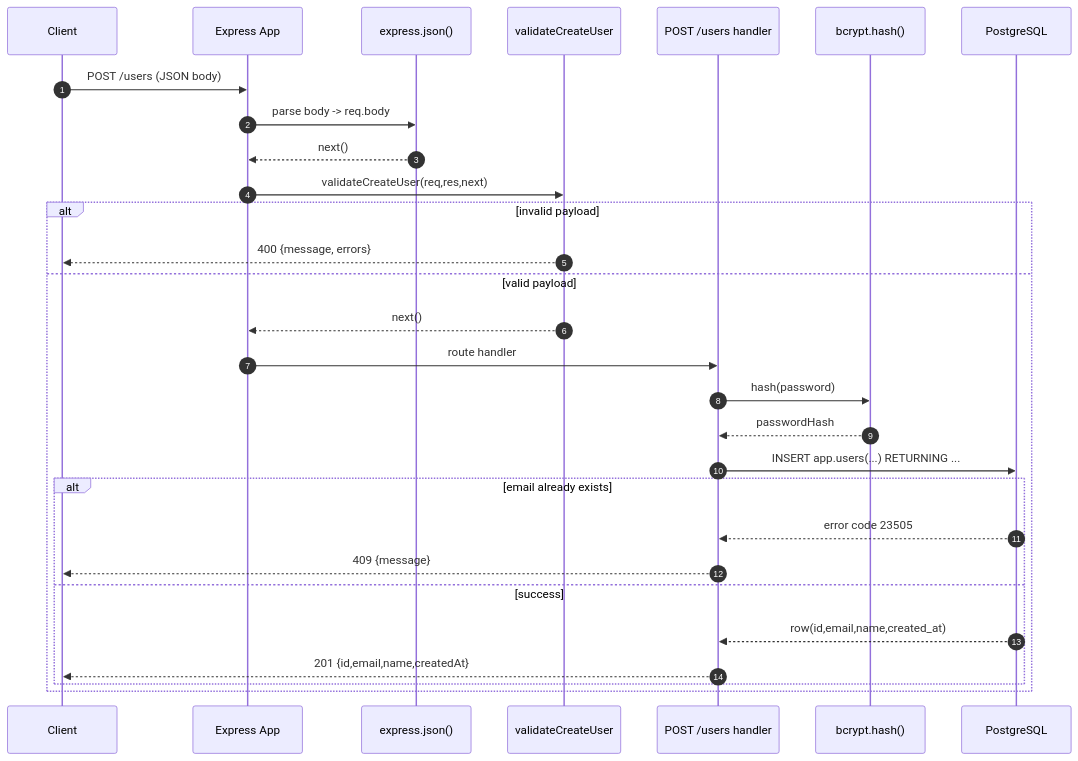
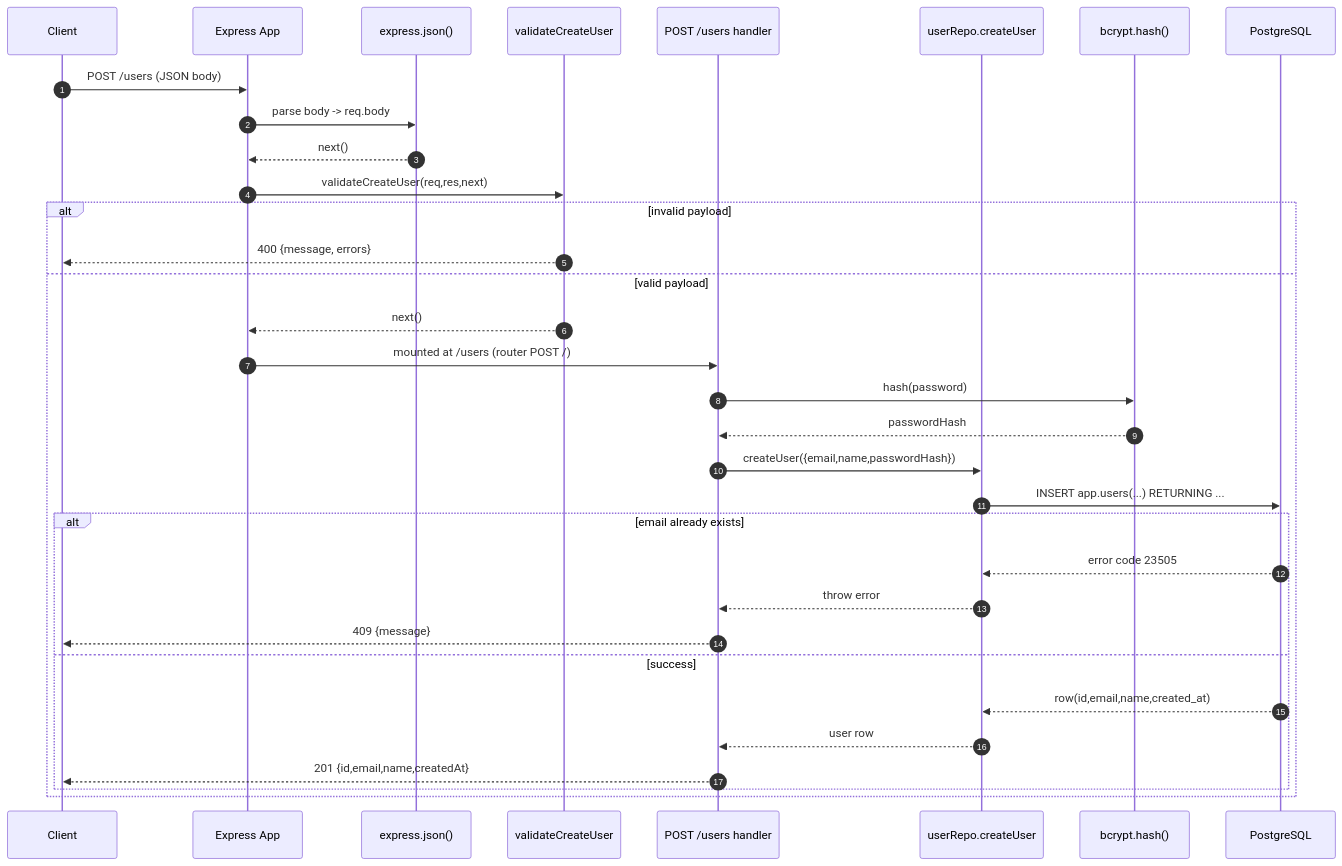
Before and after one commit to kkpanuwat/node-zero-to-deploy: the diagram in docs/nodejs-zero-to-hero/day-4-express-2/ws-2.md, drawn with Mermaid. The commit also changed other lines of this file, not shown here.

````diff
--- a/docs/nodejs-zero-to-hero/day-4-express-2/ws-2.md
+++ b/docs/nodejs-zero-to-hero/day-4-express-2/ws-2.md
@@ -404,32 +423,36 @@
 ```mermaid
 sequenceDiagram
   autonumber
   participant Client as Client
   participant App as Express App
   participant JSON as express.json()
   participant V as validateCreateUser
   participant H as POST /users handler
+  participant R as userRepo.createUser
   participant B as bcrypt.hash()
   participant DB as PostgreSQL
 
   Client->>App: POST /users (JSON body)
   App->>JSON: parse body -> req.body
   JSON-->>App: next()
   App->>V: validateCreateUser(req,res,next)
   alt invalid payload
     V-->>Client: 400 {message, errors}
   else valid payload
     V-->>App: next()
-    App->>H: route handler
+    App->>H: mounted at /users (router POST /)
     H->>B: hash(password)
     B-->>H: passwordHash
-    H->>DB: INSERT app.users(...) RETURNING ...
+    H->>R: createUser({email,name,passwordHash})
+    R->>DB: INSERT app.users(...) RETURNING ...
     alt email already exists
-      DB-->>H: error code 23505
+      DB-->>R: error code 23505
+      R-->>H: throw error
       H-->>Client: 409 {message}
     else success
-      DB-->>H: row(id,email,name,created_at)
+      DB-->>R: row(id,email,name,created_at)
+      R-->>H: user row
       H-->>Client: 201 {id,email,name,createdAt}
     end
   end
 ```
````
